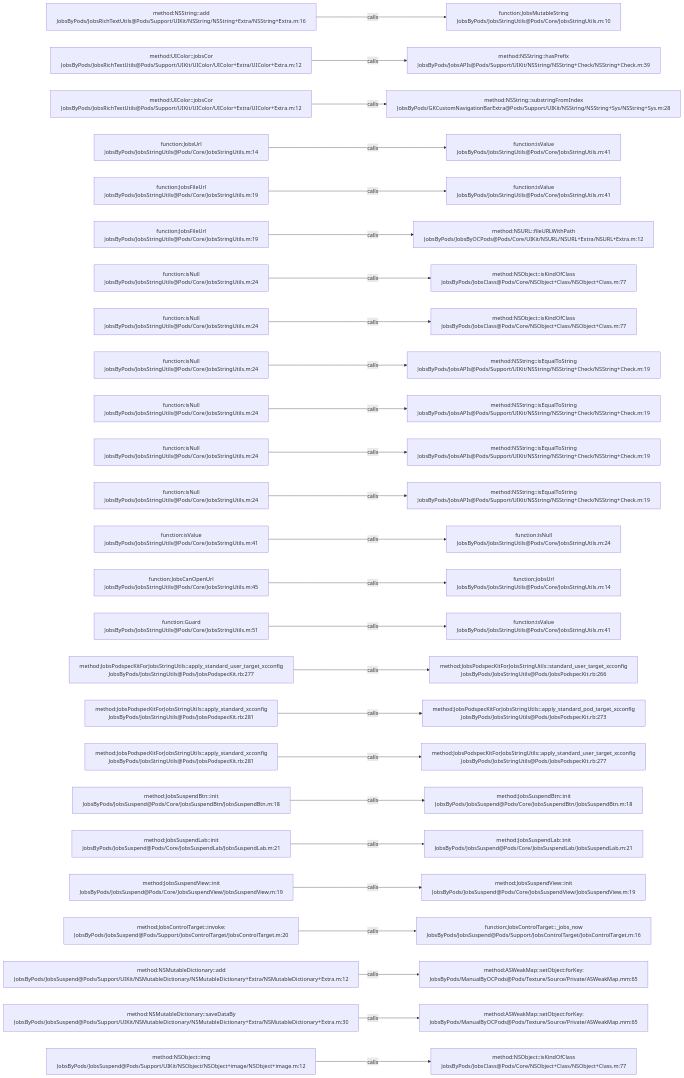
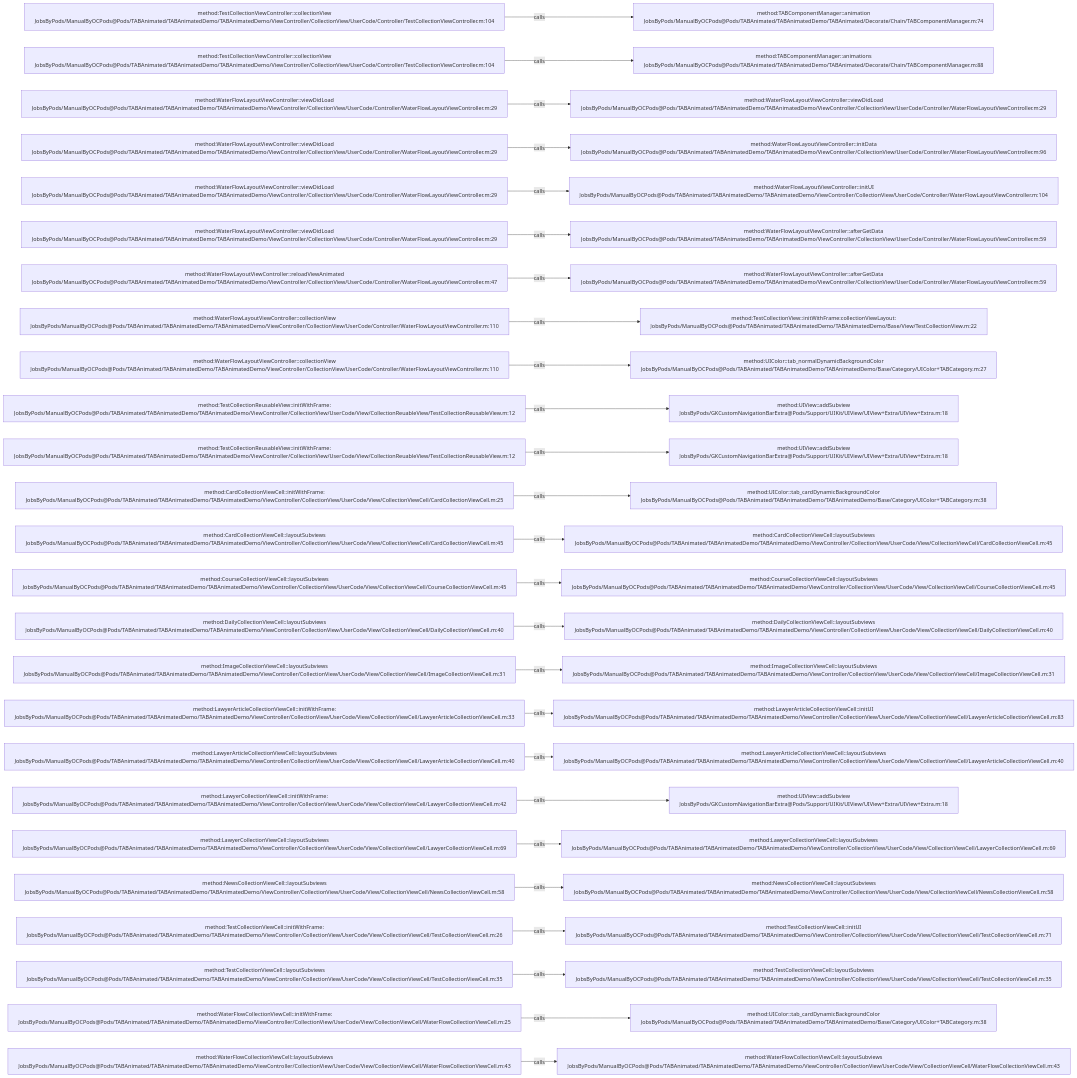
One commit to JobsKits/JobsOCBaseConfigDemo changed the diagram in .codegraph/codegraph.md/graphs/calls-159.md. Above: the diagram before and after it, drawn with Mermaid. The commit also changed 573 other files, not shown here.

````diff
--- a/.codegraph/codegraph.md/graphs/calls-159.md
+++ b/.codegraph/codegraph.md/graphs/calls-159.md
@@ -13,78 +13,78 @@
 ```mermaid
 flowchart LR
-  S1["method:NSString::add<br/>JobsByPods/JobsRichTextUtils@Pods/Support/UIKit/NSString/NSString+Extra/NSString+Extra.m:16"]
-  T1["function:JobsMutableString<br/>JobsByPods/JobsStringUtils@Pods/Core/JobsStringUtils.m:10"]
+  S1["method:TestCollectionViewController::collectionView<br/>JobsByPods/ManualByOCPods@Pods/TABAnimated/TABAnimatedDemo/TABAnimatedDemo/ViewController/CollectionView/UserCode/Controller/TestCollectionViewController.m:104"]
+  T1["method:TABComponentManager::animation<br/>JobsByPods/ManualByOCPods@Pods/TABAnimated/TABAnimatedDemo/TABAnimated/Decorate/Chain/TABComponentManager.m:74"]
   S1 -->|calls| T1
-  S2["method:UIColor::jobsCor<br/>JobsByPods/JobsRichTextUtils@Pods/Support/UIKit/UIColor/UIColor+Extra/UIColor+Extra.m:12"]
-  T2["method:NSString::hasPrefix<br/>JobsByPods/JobsAPIs@Pods/Support/UIKit/NSString/NSString+Check/NSString+Check.m:39"]
+  S2["method:TestCollectionViewController::collectionView<br/>JobsByPods/ManualByOCPods@Pods/TABAnimated/TABAnimatedDemo/TABAnimatedDemo/ViewController/CollectionView/UserCode/Controller/TestCollectionViewController.m:104"]
+  T2["method:TABComponentManager::animations<br/>JobsByPods/ManualByOCPods@Pods/TABAnimated/TABAnimatedDemo/TABAnimated/Decorate/Chain/TABComponentManager.m:88"]
   S2 -->|calls| T2
-  S3["method:UIColor::jobsCor<br/>JobsByPods/JobsRichTextUtils@Pods/Support/UIKit/UIColor/UIColor+Extra/UIColor+Extra.m:12"]
-  T3["method:NSString::substringFromIndex<br/>JobsByPods/GKCustomNavigationBarExtra@Pods/Support/UIKit/NSString/NSString+Sys/NSString+Sys.m:28"]
+  S3["method:WaterFlowLayoutViewController::viewDidLoad<br/>JobsByPods/ManualByOCPods@Pods/TABAnimated/TABAnimatedDemo/TABAnimatedDemo/ViewController/CollectionView/UserCode/Controller/WaterFlowLayoutViewController.m:29"]
+  T3["method:WaterFlowLayoutViewController::viewDidLoad<br/>JobsByPods/ManualByOCPods@Pods/TABAnimated/TABAnimatedDemo/TABAnimatedDemo/ViewController/CollectionView/UserCode/Controller/WaterFlowLayoutViewController.m:29"]
   S3 -->|calls| T3
-  S4["function:JobsUrl<br/>JobsByPods/JobsStringUtils@Pods/Core/JobsStringUtils.m:14"]
-  T4["function:isValue<br/>JobsByPods/JobsStringUtils@Pods/Core/JobsStringUtils.m:41"]
+  S4["method:WaterFlowLayoutViewController::viewDidLoad<br/>JobsByPods/ManualByOCPods@Pods/TABAnimated/TABAnimatedDemo/TABAnimatedDemo/ViewController/CollectionView/UserCode/Controller/WaterFlowLayoutViewController.m:29"]
+  T4["method:WaterFlowLayoutViewController::initData<br/>JobsByPods/ManualByOCPods@Pods/TABAnimated/TABAnimatedDemo/TABAnimatedDemo/ViewController/CollectionView/UserCode/Controller/WaterFlowLayoutViewController.m:96"]
   S4 -->|calls| T4
-  S5["function:JobsFileUrl<br/>JobsByPods/JobsStringUtils@Pods/Core/JobsStringUtils.m:19"]
-  T5["function:isValue<br/>JobsByPods/JobsStringUtils@Pods/Core/JobsStringUtils.m:41"]
+  S5["method:WaterFlowLayoutViewController::viewDidLoad<br/>JobsByPods/ManualByOCPods@Pods/TABAnimated/TABAnimatedDemo/TABAnimatedDemo/ViewController/CollectionView/UserCode/Controller/WaterFlowLayoutViewController.m:29"]
+  T5["method:WaterFlowLayoutViewController::initUI<br/>JobsByPods/ManualByOCPods@Pods/TABAnimated/TABAnimatedDemo/TABAnimatedDemo/ViewController/CollectionView/UserCode/Controller/WaterFlowLayoutViewController.m:104"]
   S5 -->|calls| T5
-  S6["function:JobsFileUrl<br/>JobsByPods/JobsStringUtils@Pods/Core/JobsStringUtils.m:19"]
-  T6["method:NSURL::fileURLWithPath<br/>JobsByPods/JobsByOCPods@Pods/Core/UIKit/NSURL/NSURL+Extra/NSURL+Extra.m:12"]
+  S6["method:WaterFlowLayoutViewController::viewDidLoad<br/>JobsByPods/ManualByOCPods@Pods/TABAnimated/TABAnimatedDemo/TABAnimatedDemo/ViewController/CollectionView/UserCode/Controller/WaterFlowLayoutViewController.m:29"]
+  T6["method:WaterFlowLayoutViewController::afterGetData<br/>JobsByPods/ManualByOCPods@Pods/TABAnimated/TABAnimatedDemo/TABAnimatedDemo/ViewController/CollectionView/UserCode/Controller/WaterFlowLayoutViewController.m:59"]
   S6 -->|calls| T6
-  S7["function:isNull<br/>JobsByPods/JobsStringUtils@Pods/Core/JobsStringUtils.m:24"]
-  T7["method:NSObject::isKindOfClass<br/>JobsByPods/JobsClass@Pods/Core/NSObject+Class/NSObject+Class.m:77"]
+  S7["method:WaterFlowLayoutViewController::reloadViewAnimated<br/>JobsByPods/ManualByOCPods@Pods/TABAnimated/TABAnimatedDemo/TABAnimatedDemo/ViewController/CollectionView/UserCode/Controller/WaterFlowLayoutViewController.m:47"]
+  T7["method:WaterFlowLayoutViewController::afterGetData<br/>JobsByPods/ManualByOCPods@Pods/TABAnimated/TABAnimatedDemo/TABAnimatedDemo/ViewController/CollectionView/UserCode/Controller/WaterFlowLayoutViewController.m:59"]
   S7 -->|calls| T7
-  S8["function:isNull<br/>JobsByPods/JobsStringUtils@Pods/Core/JobsStringUtils.m:24"]
-  T8["method:NSObject::isKindOfClass<br/>JobsByPods/JobsClass@Pods/Core/NSObject+Class/NSObject+Class.m:77"]
+  S8["method:WaterFlowLayoutViewController::collectionView<br/>JobsByPods/ManualByOCPods@Pods/TABAnimated/TABAnimatedDemo/TABAnimatedDemo/ViewController/CollectionView/UserCode/Controller/WaterFlowLayoutViewController.m:110"]
+  T8["method:TestCollectionView::initWithFrame:collectionViewLayout:<br/>JobsByPods/ManualByOCPods@Pods/TABAnimated/TABAnimatedDemo/TABAnimatedDemo/Base/View/TestCollectionView.m:22"]
   S8 -->|calls| T8
-  S9["function:isNull<br/>JobsByPods/JobsStringUtils@Pods/Core/JobsStringUtils.m:24"]
-  T9["method:NSString::isEqualToString<br/>JobsByPods/JobsAPIs@Pods/Support/UIKit/NSString/NSString+Check/NSString+Check.m:19"]
+  S9["method:WaterFlowLayoutViewController::collectionView<br/>JobsByPods/ManualByOCPods@Pods/TABAnimated/TABAnimatedDemo/TABAnimatedDemo/ViewController/CollectionView/UserCode/Controller/WaterFlowLayoutViewController.m:110"]
+  T9["method:UIColor::tab_normalDynamicBackgroundColor<br/>JobsByPods/ManualByOCPods@Pods/TABAnimated/TABAnimatedDemo/TABAnimatedDemo/Base/Category/UIColor+TABCategory.m:27"]
   S9 -->|calls| T9
-  S10["function:isNull<br/>JobsByPods/JobsStringUtils@Pods/Core/JobsStringUtils.m:24"]
-  T10["method:NSString::isEqualToString<br/>JobsByPods/JobsAPIs@Pods/Support/UIKit/NSString/NSString+Check/NSString+Check.m:19"]
+  S10["method:TestCollectionReusableView::initWithFrame:<br/>JobsByPods/ManualByOCPods@Pods/TABAnimated/TABAnimatedDemo/TABAnimatedDemo/ViewController/CollectionView/UserCode/View/CollectionReuableView/TestCollectionReusableView.m:12"]
+  T10["method:UIView::addSubview<br/>JobsByPods/GKCustomNavigationBarExtra@Pods/Support/UIKit/UIView/UIView+Extra/UIView+Extra.m:18"]
   S10 -->|calls| T10
-  S11["function:isNull<br/>JobsByPods/JobsStringUtils@Pods/Core/JobsStringUtils.m:24"]
-  T11["method:NSString::isEqualToString<br/>JobsByPods/JobsAPIs@Pods/Support/UIKit/NSString/NSString+Check/NSString+Check.m:19"]
+  S11["method:TestCollectionReusableView::initWithFrame:<br/>JobsByPods/ManualByOCPods@Pods/TABAnimated/TABAnimatedDemo/TABAnimatedDemo/ViewController/CollectionView/UserCode/View/CollectionReuableView/TestCollectionReusableView.m:12"]
+  T11["method:UIView::addSubview<br/>JobsByPods/GKCustomNavigationBarExtra@Pods/Support/UIKit/UIView/UIView+Extra/UIView+Extra.m:18"]
   S11 -->|calls| T11
-  S12["function:isNull<br/>JobsByPods/JobsStringUtils@Pods/Core/JobsStringUtils.m:24"]
-  T12["method:NSString::isEqualToString<br/>JobsByPods/JobsAPIs@Pods/Support/UIKit/NSString/NSString+Check/NSString+Check.m:19"]
+  S12["method:CardCollectionViewCell::initWithFrame:<br/>JobsByPods/ManualByOCPods@Pods/TABAnimated/TABAnimatedDemo/TABAnimatedDemo/ViewController/CollectionView/UserCode/View/CollectionViewCell/CardCollectionViewCell.m:25"]
+  T12["method:UIColor::tab_cardDynamicBackgroundColor<br/>JobsByPods/ManualByOCPods@Pods/TABAnimated/TABAnimatedDemo/TABAnimatedDemo/Base/Category/UIColor+TABCategory.m:38"]
   S12 -->|calls| T12
-  S13["function:isValue<br/>JobsByPods/JobsStringUtils@Pods/Core/JobsStringUtils.m:41"]
-  T13["function:isNull<br/>JobsByPods/JobsStringUtils@Pods/Core/JobsStringUtils.m:24"]
+  S13["method:CardCollectionViewCell::layoutSubviews<br/>JobsByPods/ManualByOCPods@Pods/TABAnimated/TABAnimatedDemo/TABAnimatedDemo/ViewController/CollectionView/UserCode/View/CollectionViewCell/CardCollectionViewCell.m:45"]
+  T13["method:CardCollectionViewCell::layoutSubviews<br/>JobsByPods/ManualByOCPods@Pods/TABAnimated/TABAnimatedDemo/TABAnimatedDemo/ViewController/CollectionView/UserCode/View/CollectionViewCell/CardCollectionViewCell.m:45"]
   S13 -->|calls| T13
-  S14["function:JobsCanOpenUrl<br/>JobsByPods/JobsStringUtils@Pods/Core/JobsStringUtils.m:45"]
-  T14["function:JobsUrl<br/>JobsByPods/JobsStringUtils@Pods/Core/JobsStringUtils.m:14"]
+  S14["method:CourseCollectionViewCell::layoutSubviews<br/>JobsByPods/ManualByOCPods@Pods/TABAnimated/TABAnimatedDemo/TABAnimatedDemo/ViewController/CollectionView/UserCode/View/CollectionViewCell/CourseCollectionViewCell.m:45"]
+  T14["method:CourseCollectionViewCell::layoutSubviews<br/>JobsByPods/ManualByOCPods@Pods/TABAnimated/TABAnimatedDemo/TABAnimatedDemo/ViewController/CollectionView/UserCode/View/CollectionViewCell/CourseCollectionViewCell.m:45"]
   S14 -->|calls| T14
-  S15["function:Guard<br/>JobsByPods/JobsStringUtils@Pods/Core/JobsStringUtils.m:51"]
-  T15["function:isValue<br/>JobsByPods/JobsStringUtils@Pods/Core/JobsStringUtils.m:41"]
+  S15["method:DailyCollectionViewCell::layoutSubviews<br/>JobsByPods/ManualByOCPods@Pods/TABAnimated/TABAnimatedDemo/TABAnimatedDemo/ViewController/CollectionView/UserCode/View/CollectionViewCell/DailyCollectionViewCell.m:40"]
+  T15["method:DailyCollectionViewCell::layoutSubviews<br/>JobsByPods/ManualByOCPods@Pods/TABAnimated/TABAnimatedDemo/TABAnimatedDemo/ViewController/CollectionView/UserCode/View/CollectionViewCell/DailyCollectionViewCell.m:40"]
   S15 -->|calls| T15
-  S16["method:JobsPodspecKitForJobsStringUtils::apply_standard_user_target_xcconfig<br/>JobsByPods/JobsStringUtils@Pods/JobsPodspecKit.rb:277"]
-  T16["method:JobsPodspecKitForJobsStringUtils::standard_user_target_xcconfig<br/>JobsByPods/JobsStringUtils@Pods/JobsPodspecKit.rb:266"]
+  S16["method:ImageCollectionViewCell::layoutSubviews<br/>JobsByPods/ManualByOCPods@Pods/TABAnimated/TABAnimatedDemo/TABAnimatedDemo/ViewController/CollectionView/UserCode/View/CollectionViewCell/ImageCollectionViewCell.m:31"]
+  T16["method:ImageCollectionViewCell::layoutSubviews<br/>JobsByPods/ManualByOCPods@Pods/TABAnimated/TABAnimatedDemo/TABAnimatedDemo/ViewController/CollectionView/UserCode/View/CollectionViewCell/ImageCollectionViewCell.m:31"]
   S16 -->|calls| T16
-  S17["method:JobsPodspecKitForJobsStringUtils::apply_standard_xcconfig<br/>JobsByPods/JobsStringUtils@Pods/JobsPodspecKit.rb:281"]
-  T17["method:JobsPodspecKitForJobsStringUtils::apply_standard_pod_target_xcconfig<br/>JobsByPods/JobsStringUtils@Pods/JobsPodspecKit.rb:273"]
+  S17["method:LawyerArticleCollectionViewCell::initWithFrame:<br/>JobsByPods/ManualByOCPods@Pods/TABAnimated/TABAnimatedDemo/TABAnimatedDemo/ViewController/CollectionView/UserCode/View/CollectionViewCell/LawyerArticleCollectionViewCell.m:33"]
+  T17["method:LawyerArticleCollectionViewCell::initUI<br/>JobsByPods/ManualByOCPods@Pods/TABAnimated/TABAnimatedDemo/TABAnimatedDemo/ViewController/CollectionView/UserCode/View/CollectionViewCell/LawyerArticleCollectionViewCell.m:83"]
   S17 -->|calls| T17
-  S18["method:JobsPodspecKitForJobsStringUtils::apply_standard_xcconfig<br/>JobsByPods/JobsStringUtils@Pods/JobsPodspecKit.rb:281"]
-  T18["method:JobsPodspecKitForJobsStringUtils::apply_standard_user_target_xcconfig<br/>JobsByPods/JobsStringUtils@Pods/JobsPodspecKit.rb:277"]
+  S18["method:LawyerArticleCollectionViewCell::layoutSubviews<br/>JobsByPods/ManualByOCPods@Pods/TABAnimated/TABAnimatedDemo/TABAnimatedDemo/ViewController/CollectionView/UserCode/View/CollectionViewCell/LawyerArticleCollectionViewCell.m:40"]
+  T18["method:LawyerArticleCollectionViewCell::layoutSubviews<br/>JobsByPods/ManualByOCPods@Pods/TABAnimated/TABAnimatedDemo/TABAnimatedDemo/ViewController/CollectionView/UserCode/View/CollectionViewCell/LawyerArticleCollectionViewCell.m:40"]
   S18 -->|calls| T18
-  S19["method:JobsSuspendBtn::init<br/>JobsByPods/JobsSuspend@Pods/Core/JobsSuspendBtn/JobsSuspendBtn.m:18"]
-  T19["method:JobsSuspendBtn::init<br/>JobsByPods/JobsSuspend@Pods/Core/JobsSuspendBtn/JobsSuspendBtn.m:18"]
+  S19["method:LawyerCollectionViewCell::initWithFrame:<br/>JobsByPods/ManualByOCPods@Pods/TABAnimated/TABAnimatedDemo/TABAnimatedDemo/ViewController/CollectionView/UserCode/View/CollectionViewCell/LawyerCollectionViewCell.m:42"]
+  T19["method:UIView::addSubview<br/>JobsByPods/GKCustomNavigationBarExtra@Pods/Support/UIKit/UIView/UIView+Extra/UIView+Extra.m:18"]
   S19 -->|calls| T19
-  S20["method:JobsSuspendLab::init<br/>JobsByPods/JobsSuspend@Pods/Core/JobsSuspendLab/JobsSuspendLab.m:21"]
-  T20["method:JobsSuspendLab::init<br/>JobsByPods/JobsSuspend@Pods/Core/JobsSuspendLab/JobsSuspendLab.m:21"]
+  S20["method:LawyerCollectionViewCell::layoutSubviews<br/>JobsByPods/ManualByOCPods@Pods/TABAnimated/TABAnimatedDemo/TABAnimatedDemo/ViewController/CollectionView/UserCode/View/CollectionViewCell/LawyerCollectionViewCell.m:69"]
+  T20["method:LawyerCollectionViewCell::layoutSubviews<br/>JobsByPods/ManualByOCPods@Pods/TABAnimated/TABAnimatedDemo/TABAnimatedDemo/ViewController/CollectionView/UserCode/View/CollectionViewCell/LawyerCollectionViewCell.m:69"]
   S20 -->|calls| T20
-  S21["method:JobsSuspendView::init<br/>JobsByPods/JobsSuspend@Pods/Core/JobsSuspendView/JobsSuspendView.m:19"]
-  T21["method:JobsSuspendView::init<br/>JobsByPods/JobsSuspend@Pods/Core/JobsSuspendView/JobsSuspendView.m:19"]
+  S21["method:NewsCollectionViewCell::layoutSubviews<br/>JobsByPods/ManualByOCPods@Pods/TABAnimated/TABAnimatedDemo/TABAnimatedDemo/ViewController/CollectionView/UserCode/View/CollectionViewCell/NewsCollectionViewCell.m:58"]
+  T21["method:NewsCollectionViewCell::layoutSubviews<br/>JobsByPods/ManualByOCPods@Pods/TABAnimated/TABAnimatedDemo/TABAnimatedDemo/ViewController/CollectionView/UserCode/View/CollectionViewCell/NewsCollectionViewCell.m:58"]
   S21 -->|calls| T21
-  S22["method:JobsControlTarget::invoke:<br/>JobsByPods/JobsSuspend@Pods/Support/JobsControlTarget/JobsControlTarget.m:20"]
-  T22["function:JobsControlTarget::_jobs_now<br/>JobsByPods/JobsSuspend@Pods/Support/JobsControlTarget/JobsControlTarget.m:16"]
+  S22["method:TestCollectionViewCell::initWithFrame:<br/>JobsByPods/ManualByOCPods@Pods/TABAnimated/TABAnimatedDemo/TABAnimatedDemo/ViewController/CollectionView/UserCode/View/CollectionViewCell/TestCollectionViewCell.m:26"]
+  T22["method:TestCollectionViewCell::initUI<br/>JobsByPods/ManualByOCPods@Pods/TABAnimated/TABAnimatedDemo/TABAnimatedDemo/ViewController/CollectionView/UserCode/View/CollectionViewCell/TestCollectionViewCell.m:71"]
   S22 -->|calls| T22
-  S23["method:NSMutableDictionary::add<br/>JobsByPods/JobsSuspend@Pods/Support/UIKit/NSMutableDictionary/NSMutableDictionary+Extra/NSMutableDictionary+Extra.m:12"]
-  T23["method:ASWeakMap::setObject:forKey:<br/>JobsByPods/ManualByOCPods@Pods/Texture/Source/Private/ASWeakMap.mm:65"]
+  S23["method:TestCollectionViewCell::layoutSubviews<br/>JobsByPods/ManualByOCPods@Pods/TABAnimated/TABAnimatedDemo/TABAnimatedDemo/ViewController/CollectionView/UserCode/View/CollectionViewCell/TestCollectionViewCell.m:35"]
+  T23["method:TestCollectionViewCell::layoutSubviews<br/>JobsByPods/ManualByOCPods@Pods/TABAnimated/TABAnimatedDemo/TABAnimatedDemo/ViewController/CollectionView/UserCode/View/CollectionViewCell/TestCollectionViewCell.m:35"]
   S23 -->|calls| T23
-  S24["method:NSMutableDictionary::saveDataBy<br/>JobsByPods/JobsSuspend@Pods/Support/UIKit/NSMutableDictionary/NSMutableDictionary+Extra/NSMutableDictionary+Extra.m:30"]
-  T24["method:ASWeakMap::setObject:forKey:<br/>JobsByPods/ManualByOCPods@Pods/Texture/Source/Private/ASWeakMap.mm:65"]
+  S24["method:WaterFlowCollectionViewCell::initWithFrame:<br/>JobsByPods/ManualByOCPods@Pods/TABAnimated/TABAnimatedDemo/TABAnimatedDemo/ViewController/CollectionView/UserCode/View/CollectionViewCell/WaterFlowCollectionViewCell.m:25"]
+  T24["method:UIColor::tab_cardDynamicBackgroundColor<br/>JobsByPods/ManualByOCPods@Pods/TABAnimated/TABAnimatedDemo/TABAnimatedDemo/Base/Category/UIColor+TABCategory.m:38"]
   S24 -->|calls| T24
-  S25["method:NSObject::img<br/>JobsByPods/JobsSuspend@Pods/Support/UIKit/NSObject/NSObject+image/NSObject+image.m:12"]
-  T25["method:NSObject::isKindOfClass<br/>JobsByPods/JobsClass@Pods/Core/NSObject+Class/NSObject+Class.m:77"]
+  S25["method:WaterFlowCollectionViewCell::layoutSubviews<br/>JobsByPods/ManualByOCPods@Pods/TABAnimated/TABAnimatedDemo/TABAnimatedDemo/ViewController/CollectionView/UserCode/View/CollectionViewCell/WaterFlowCollectionViewCell.m:43"]
+  T25["method:WaterFlowCollectionViewCell::layoutSubviews<br/>JobsByPods/ManualByOCPods@Pods/TABAnimated/TABAnimatedDemo/TABAnimatedDemo/ViewController/CollectionView/UserCode/View/CollectionViewCell/WaterFlowCollectionViewCell.m:43"]
   S25 -->|calls| T25
 ```
````
